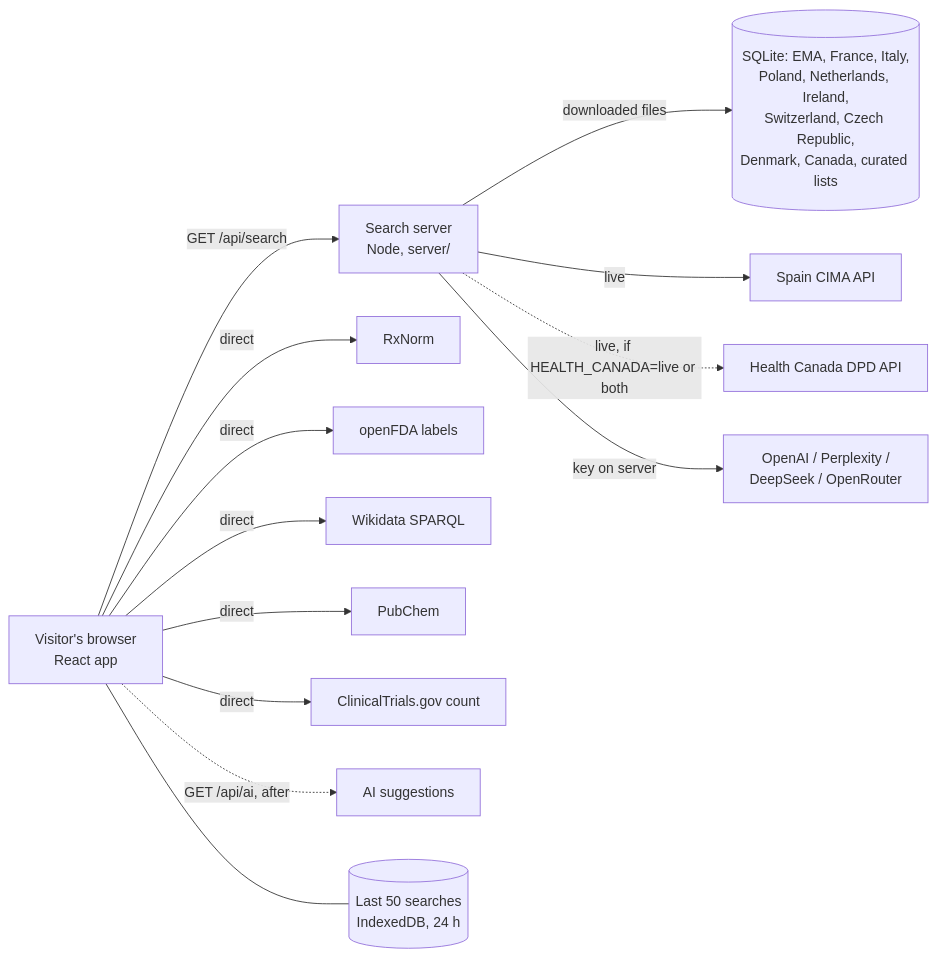
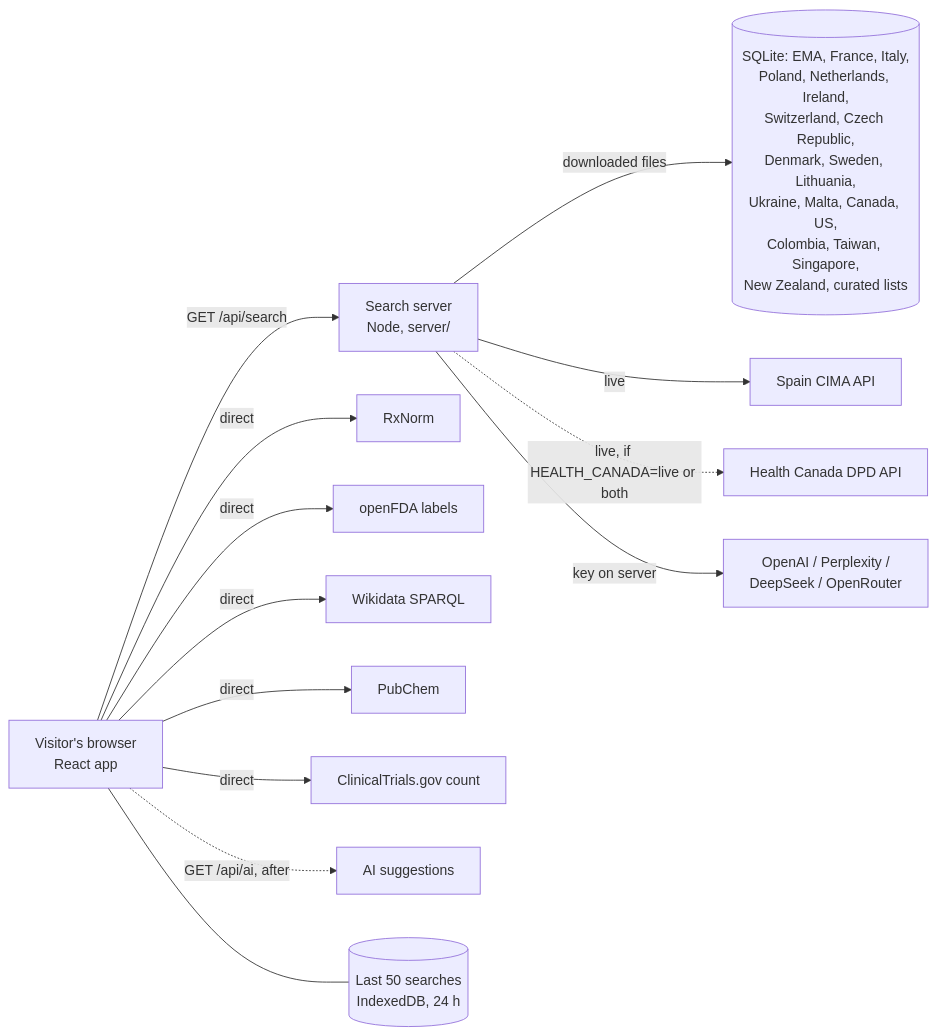
One commit to andreibesleaga/medicine-finder changed the diagram in docs/ARCHITECTURE.md. Above: the diagram before and after it, drawn with Mermaid. The commit also changed other lines of this file and 31 other files, not shown here.

Commit message:
v2.3.0: nine more official registers (US, Colombia, Taiwan, Singapore, New Zealand, Sweden, Lithuania, Ukraine, Malta); docs/DATA-SOURCES.md with every register checked; terms links; ingredient name groups

````diff
--- a/docs/ARCHITECTURE.md
+++ b/docs/ARCHITECTURE.md
@@ -11,15 +11,15 @@
 ```mermaid
 flowchart LR
   U[Visitor's browser<br/>React app] -->|GET /api/search| S[Search server<br/>Node, server/]
   U -->|direct| R[RxNorm]
   U -->|direct| F[openFDA labels]
   U -->|direct| W[Wikidata SPARQL]
   U -->|direct| P[PubChem]
   U -->|direct| T[ClinicalTrials.gov count]
   U -.->|GET /api/ai, after| AI2[AI suggestions]
   U --- C[(Last 50 searches<br/>IndexedDB, 24 h)]
-  S -->|downloaded files| D[(SQLite: EMA, France, Italy,<br/>Poland, Netherlands, Ireland,<br/>Switzerland, Czech Republic,<br/>Denmark, Canada, curated lists)]
+  S -->|downloaded files| D[(SQLite: EMA, France, Italy,<br/>Poland, Netherlands, Ireland,<br/>Switzerland, Czech Republic,<br/>Denmark, Sweden, Lithuania,<br/>Ukraine, Malta, Canada, US,<br/>Colombia, Taiwan, Singapore,<br/>New Zealand, curated lists)]
   S -->|live| ES[Spain CIMA API]
   S -.->|live, if HEALTH_CANADA=live or both| HC[Health Canada DPD API]
   S -->|key on server| AI[OpenAI / Perplexity /<br/>DeepSeek / OpenRouter]
 ```
````
